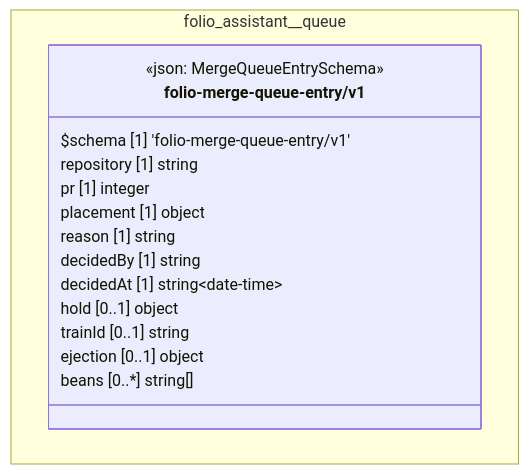
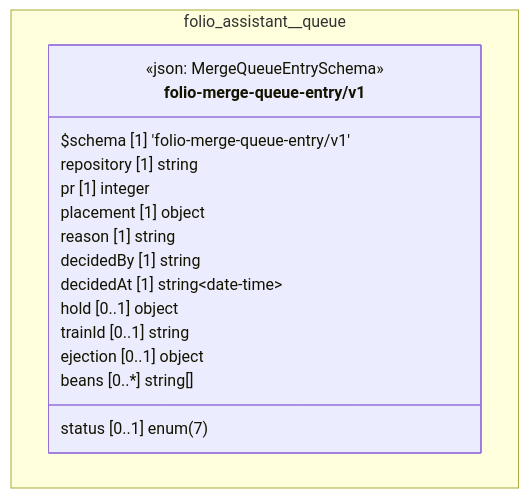
Before and after one commit to litlfred/folio-assistant: the diagram in cat-harness/uml/overview/folio-assistant/queue.mmd, drawn with Mermaid. The commit also changed 13 other files, not shown here.

First line of the commit message:
regen after merging main again: UML overview, LSI index and viewer

```diff
--- a/cat-harness/uml/overview/folio-assistant/queue.mmd
+++ b/cat-harness/uml/overview/folio-assistant/queue.mmd
@@ -1,19 +1,20 @@
 classDiagram
   direction TB
   namespace folio_assistant__queue {
     class folio_assistant_queue_folio_merge_queue_entry_v1_folio_merge_queue_entry_v1["folio-merge-queue-entry/v1"] {
       <<json: MergeQueueEntrySchema>>
       $schema [1] 'folio-merge-queue-entry/v1'
       repository [1] string
       pr [1] integer
       placement [1] object
       reason [1] string
       decidedBy [1] string
       decidedAt [1] string~date-time~
       hold [0..1] object
       trainId [0..1] string
       ejection [0..1] object
+      status [0..1] enum(7)
       beans [0..*] string[]
     }
   }
   cssClass "folio_assistant_queue_folio_merge_queue_entry_v1_folio_merge_queue_entry_v1" fa_uml_kind_merge_queue
```
